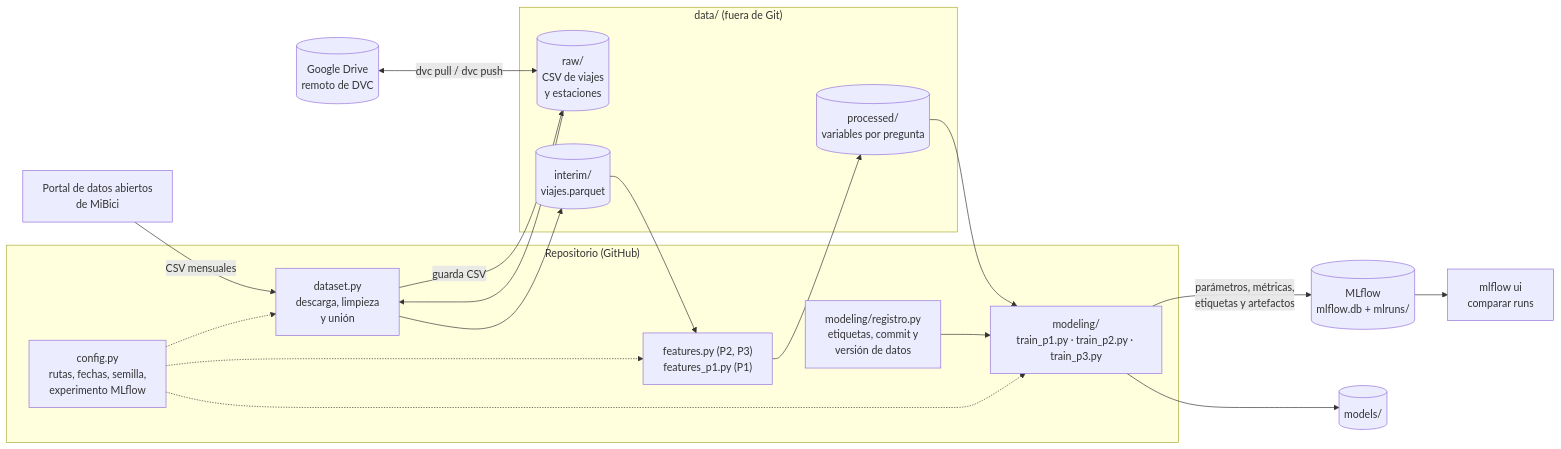
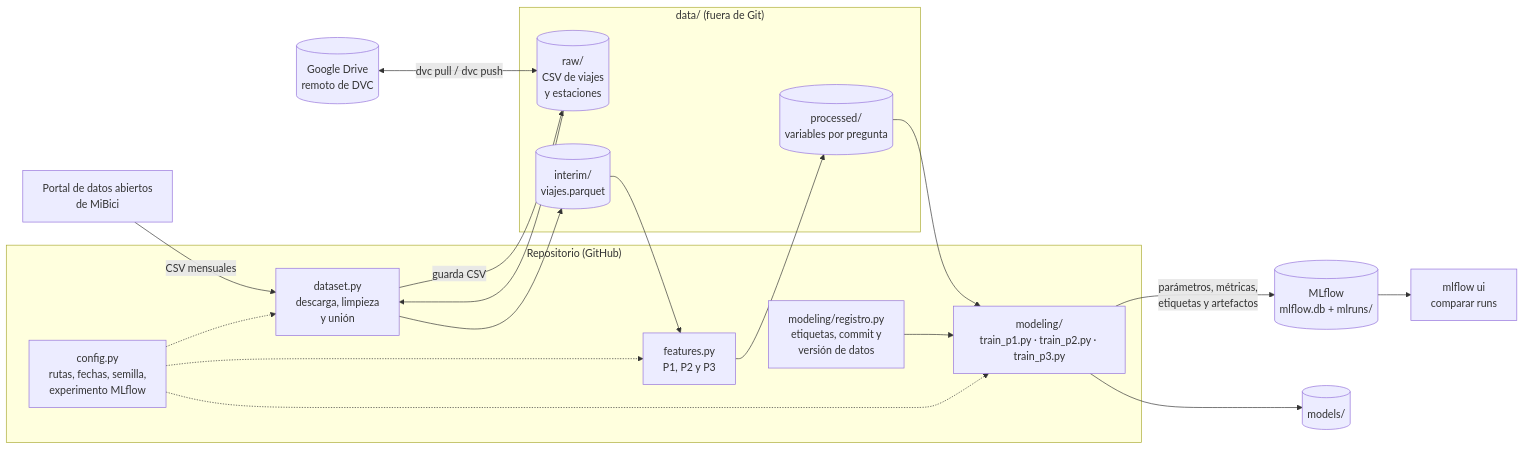
The diagram in README.md (manuelMedinaMna/MiBici_MLOps), drawn with Mermaid before and after one commit. The commit also changed other lines of this file and 12 other files, not shown here.

````diff
--- a/README.md
+++ b/README.md
@@ -22,31 +22,31 @@
 ```mermaid
 flowchart LR
     subgraph repo["Repositorio (GitHub)"]
         config["config.py<br/>rutas, fechas, semilla,<br/>experimento MLflow"]
         dataset["dataset.py<br/>descarga, limpieza<br/>y unión"]
-        feat["features.py (P2, P3)<br/>features_p1.py (P1)"]
+        feat["features.py<br/>P1, P2 y P3"]
         train["modeling/<br/>train_p1.py · train_p2.py · train_p3.py"]
         registro["modeling/registro.py<br/>etiquetas, commit y<br/>versión de datos"]
     end
 
     subgraph datos["data/ (fuera de Git)"]
         raw[("raw/<br/>CSV de viajes<br/>y estaciones")]
         interim[("interim/<br/>viajes.parquet")]
         processed[("processed/<br/>variables por pregunta")]
     end
 
     portal["Portal de datos abiertos<br/>de MiBici"] -->|"CSV mensuales"| dataset
     drive[("Google Drive<br/>remoto de DVC")] <-->|"dvc pull / dvc push"| raw
     dataset -->|"guarda CSV"| raw
     raw --> dataset
     dataset --> interim
     interim --> feat
     feat --> processed
     processed --> train
     registro --> train
     config -.-> dataset & feat & train
 
     train -->|"parámetros, métricas,<br/>etiquetas y artefactos"| mlflow[("MLflow<br/>mlflow.db + mlruns/")]
     train --> models[("models/")]
     mlflow --> ui["mlflow ui<br/>comparar runs"]
 ```
````
